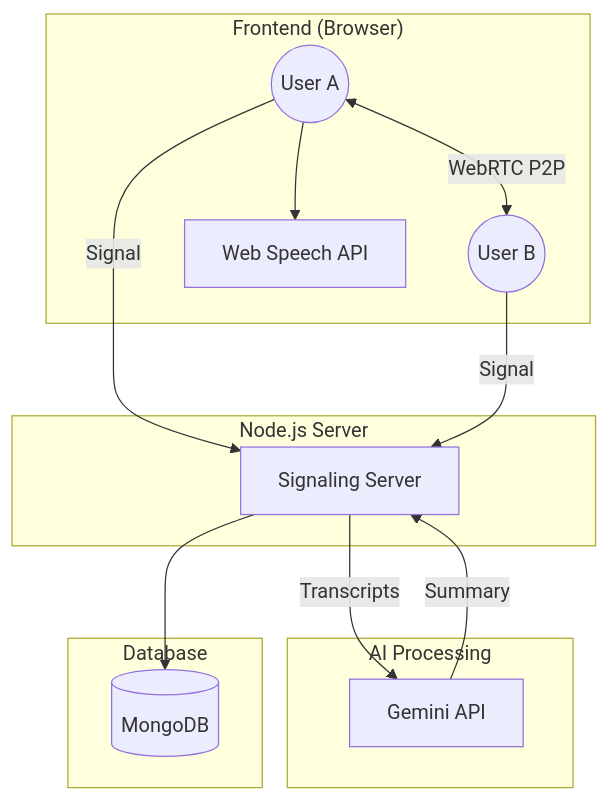
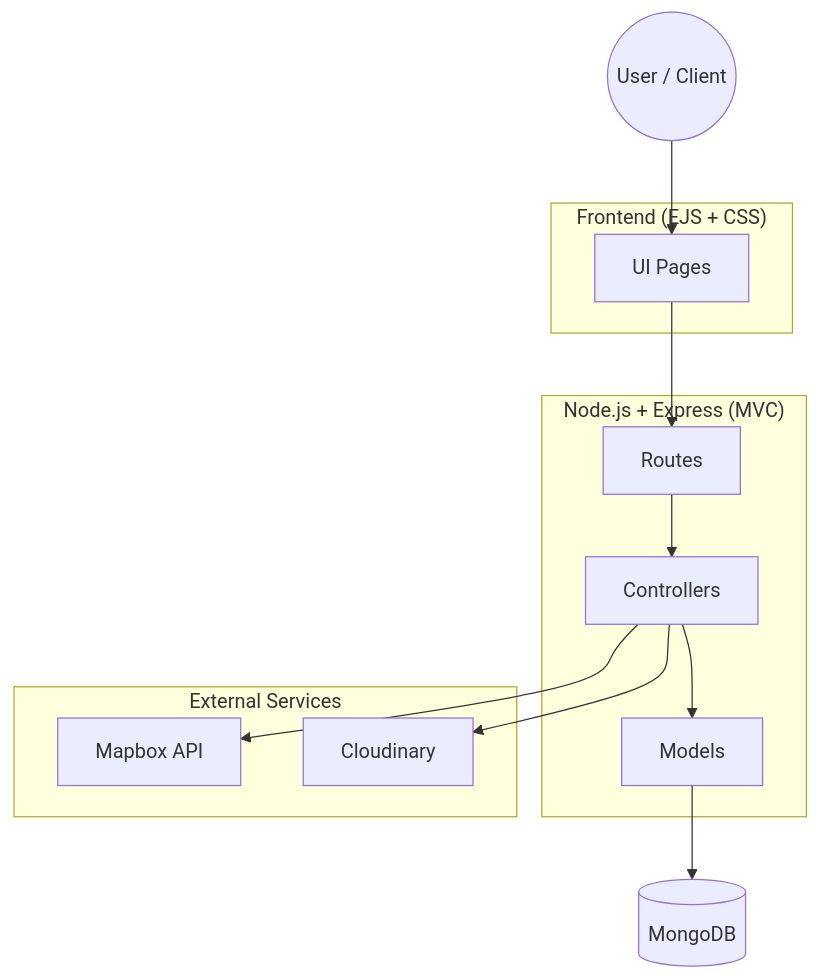
The diagram in README.md (nehalikareddy/Nexus-VideoCall), drawn with Mermaid before and after one commit. The commit also changed other lines of this file, not shown here.

````diff
--- a/README.md
+++ b/README.md
@@ -35,38 +48,38 @@
 ```mermaid
 graph TD
 
+    %% User Layer
+    User((User / Client))
+
     %% Frontend
-    subgraph Client["Frontend (Browser)"]
-        A((User A))
-        B((User B))
-        Speech[Web Speech API]
+    subgraph Frontend["Frontend (EJS + CSS)"]
+        UI[UI Pages]
     end
 
     %% Backend
-    subgraph Backend["Node.js Server"]
-        S[Signaling Server]
-    end
-
-    %% AI
-    subgraph AI["AI Processing"]
-        G[Gemini API]
+    subgraph Backend["Node.js + Express (MVC)"]
+        Routes[Routes]
+        Controllers[Controllers]
+        Models[Models]
     end
 
     %% Database
-    subgraph DB["Database"]
-        M[(MongoDB)]
+    DB[(MongoDB)]
+
+    %% External Services
+    subgraph Services["External Services"]
+        Mapbox[Mapbox API]
+        Cloudinary[Cloudinary]
     end
 
-    %% P2P Connection (side connection)
-    A <-->|WebRTC P2P| B
+    %% Flow
+    User --> UI
+    UI --> Routes
+    Routes --> Controllers
+    Controllers --> Models
+    Models --> DB
 
-    %% Flow (top → bottom)
-    A -->|Signal| S
-    B -->|Signal| S
-
-    A --> Speech
-
-    S -->|Transcripts| G
-    G -->|Summary| S
-    S --> M
+    %% External Integrations
+    Controllers --> Mapbox
+    Controllers --> Cloudinary
 ```
````
